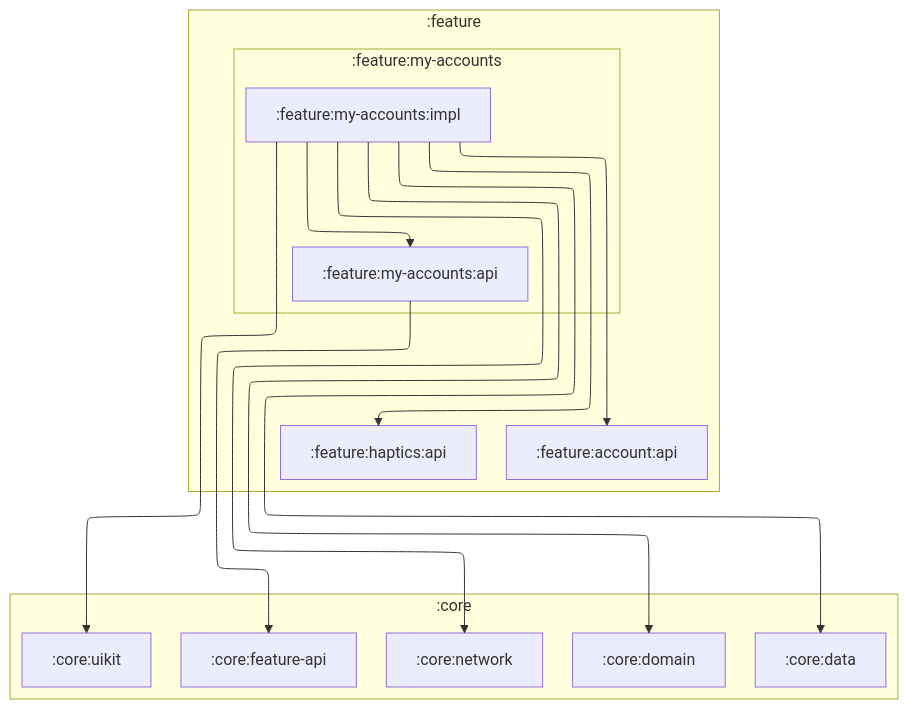
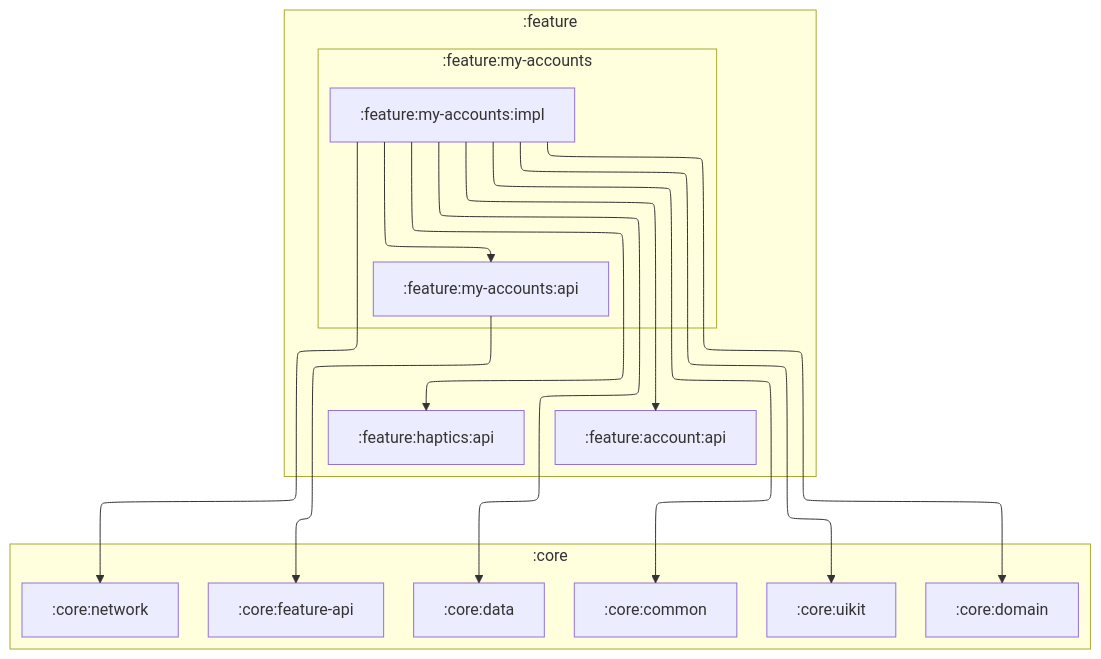
Before and after one commit to IliaVoskoboinikov/Finance-Manager: the diagram in feature/my-accounts/impl/README.md, drawn with Mermaid. The commit also changed 18 other files, not shown here.

````diff
--- a/feature/my-accounts/impl/README.md
+++ b/feature/my-accounts/impl/README.md
@@ -11,38 +11,40 @@
 ```mermaid
 ---
 config:
   layout: elk
   elk:
     nodePlacementStrategy: SIMPLE
 ---
 graph TB
     subgraph :feature
         subgraph :feature:my-accounts
             :feature:my-accounts:api
             :feature:my-accounts:impl
         end
 
         :feature:account:api
         :feature:haptics:api
     end
 
     subgraph :core
+        :core:common
         :core:data
         :core:domain
         :core:uikit
         :core:network
         :core:feature-api
     end
 
     :feature:my-accounts:impl --> :feature:my-accounts:api
+    :feature:my-accounts:impl --> :core:common
     :feature:my-accounts:impl --> :core:network
     :feature:my-accounts:impl --> :core:uikit
     :feature:my-accounts:impl --> :core:domain
     :feature:my-accounts:impl --> :core:data
     :feature:my-accounts:impl --> :feature:account:api
     :feature:my-accounts:impl --> :feature:haptics:api
 
     :feature:my-accounts:api --> :core:feature-api
 
     classDef android-library fill:#9BF6FF,stroke:#000,stroke-width:2px,color:#000;
 ```
````
